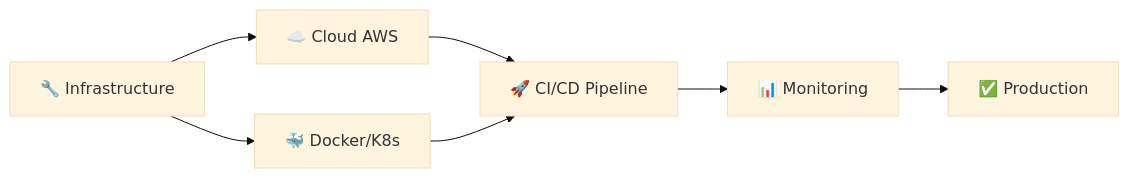
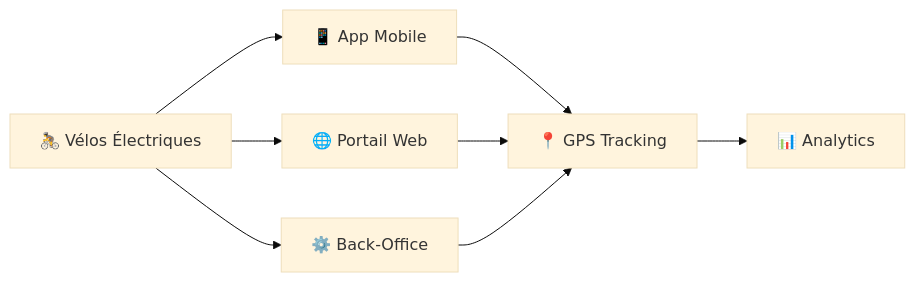
The third of 3 diagrams in README.md (achrefmej/achrefmej), drawn with Mermaid (base theme) before and after one commit. The commit also changed other lines of this file, not shown here.

````diff
--- a/README.md
+++ b/README.md
@@ -252,9 +370,10 @@
 ```mermaid
 graph LR
-    A[🔧 Infrastructure] --> B[☁️ Cloud AWS]
-    A --> C[🐳 Docker/K8s]
-    B --> D[🚀 CI/CD Pipeline]
-    C --> D
-    D --> E[📊 Monitoring]
-    E --> F[✅ Production]
+    A[🚴 Vélos Électriques] --> B[📱 App Mobile]
+    A --> C[🌐 Portail Web]
+    A --> D[⚙️ Back-Office]
+    B --> E[📍 GPS Tracking]
+    C --> E
+    D --> E
+    E --> F[📊 Analytics]
 ```
````
